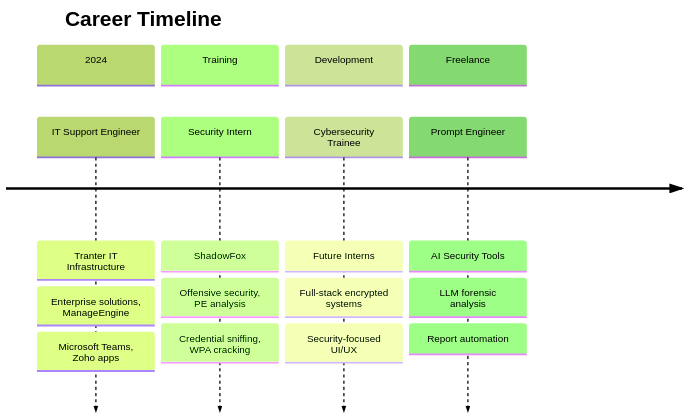
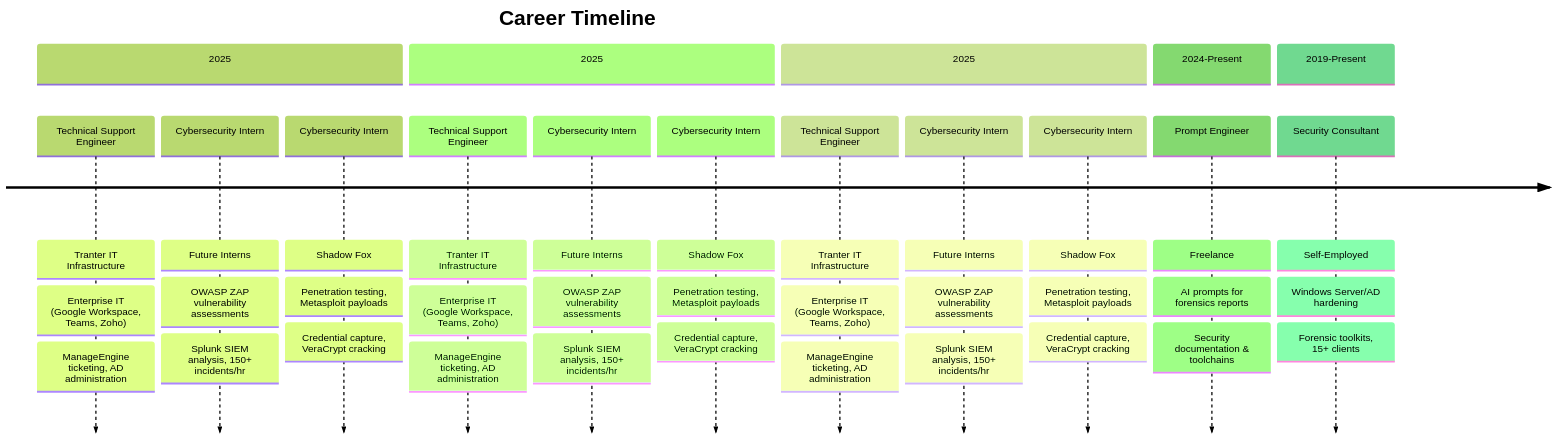
One commit to Hao-Tec/Hao-Tec changed the diagram in README.md. Above: the diagram before and after it, drawn with Mermaid (forest theme). The commit also changed other lines of this file, not shown here.

Commit message:
✨ Update CV info, add Google Cybersecurity cert, restore stats cards with direct URLs

````diff
--- a/README.md
+++ b/README.md
@@ -129,20 +131,24 @@
 ```mermaid
 timeline
     title Career Timeline
-    section 2024
-        IT Support Engineer : Tranter IT Infrastructure
-        : Enterprise solutions, ManageEngine
-        : Microsoft Teams, Zoho apps
-    section Training
-        Security Intern : ShadowFox
-        : Offensive security, PE analysis
-        : Credential sniffing, WPA cracking
-    section Development
-        Cybersecurity Trainee : Future Interns
-        : Full-stack encrypted systems
-        : Security-focused UI/UX
-    section Freelance
-        Prompt Engineer : AI Security Tools
-        : LLM forensic analysis
-        : Report automation
+    section 2025
+        Technical Support Engineer : Tranter IT Infrastructure
+        : Enterprise IT (Google Workspace, Teams, Zoho)
+        : ManageEngine ticketing, AD administration
+    section 2025
+        Cybersecurity Intern : Future Interns
+        : OWASP ZAP vulnerability assessments
+        : Splunk SIEM analysis, 150+ incidents/hr
+    section 2025
+        Cybersecurity Intern : Shadow Fox
+        : Penetration testing, Metasploit payloads
+        : Credential capture, VeraCrypt cracking
+    section 2024-Present
+        Prompt Engineer : Freelance
+        : AI prompts for forensics reports
+        : Security documentation & toolchains
+    section 2019-Present
+        Security Consultant : Self-Employed
+        : Windows Server/AD hardening
+        : Forensic toolkits, 15+ clients
 ```
````
